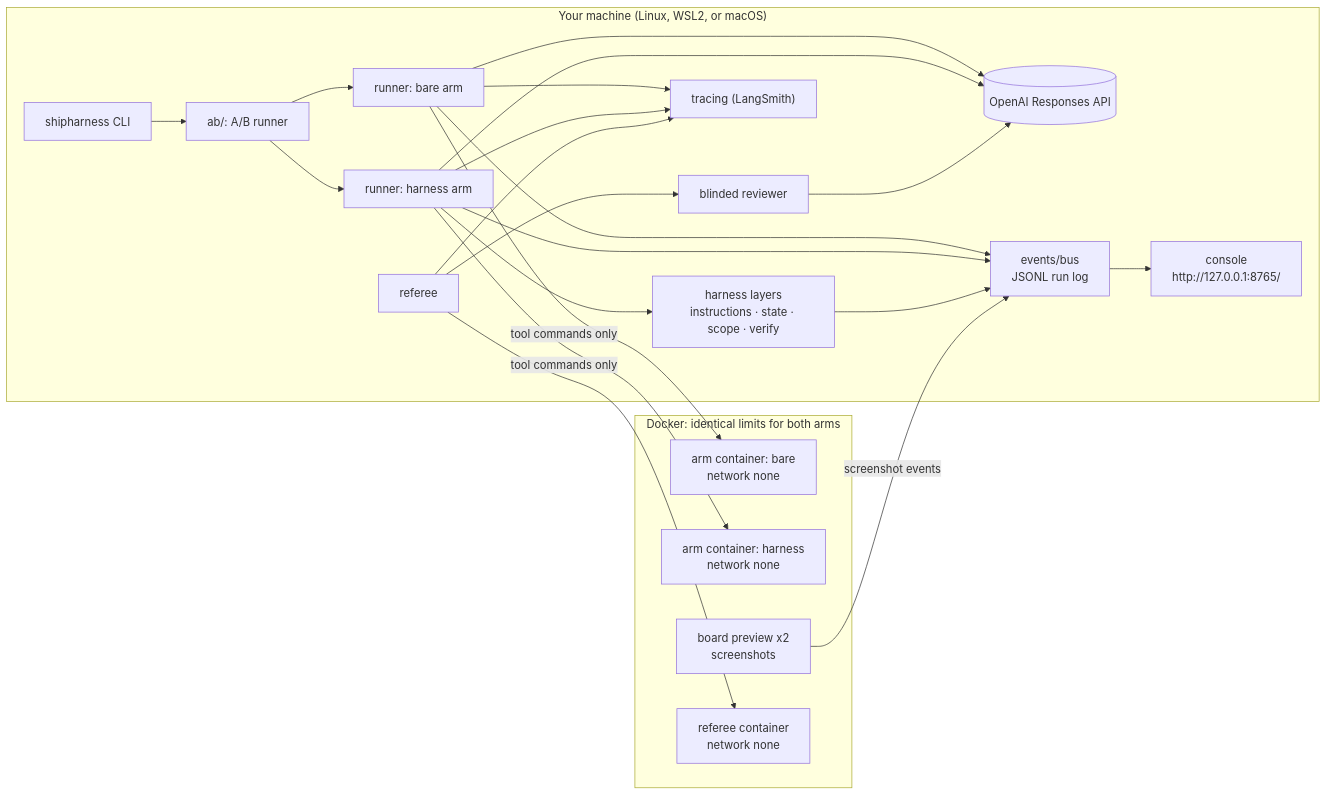
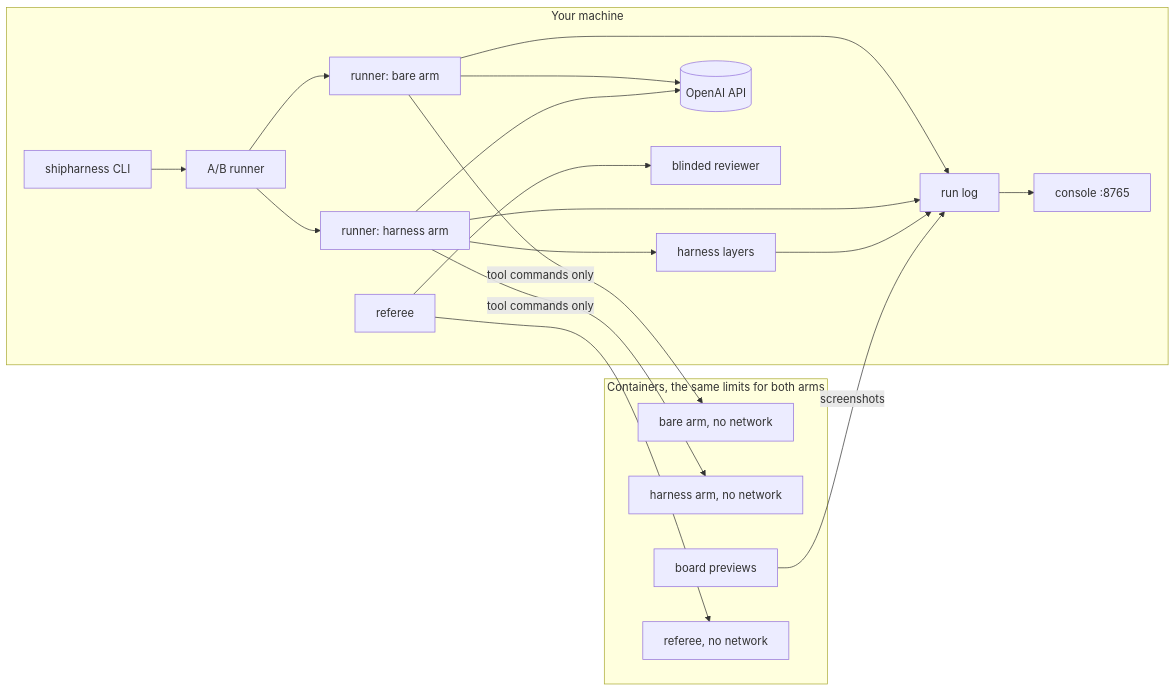
The first of 2 diagrams in docs/architecture.md (ANI-IN/shipharness-dev), drawn with Mermaid before and after one commit. The commit also changed other lines of this file and 17 other files, not shown here.

````diff
--- a/docs/architecture.md
+++ b/docs/architecture.md
@@ -23,25 +18,23 @@
 ```mermaid
 flowchart LR
-  subgraph Host["Your machine (Linux, WSL2, or macOS)"]
-    CLI["shipharness CLI"] --> AB["ab/: A/B runner"]
+  subgraph Host["Your machine"]
+    CLI["shipharness CLI"] --> AB["A/B runner"]
     AB --> RB["runner: bare arm"]
     AB --> RH["runner: harness arm"]
-    RH --> L["harness layers<br/>instructions · state · scope · verify"]
-    RB & RH --> OAI[("OpenAI Responses API")]
-    RB & RH & L --> BUS["events/bus<br/>JSONL run log"]
-    BUS --> CON["console<br/>http://127.0.0.1:8765/"]
+    RH --> L["harness layers"]
+    RB & RH --> OAI[("OpenAI API")]
+    RB & RH & L --> LOG["run log"]
+    LOG --> CON["console :8765"]
     REF["referee"] --> REV["blinded reviewer"]
-    REV --> OAI
-    RB & RH & REF --> TR["tracing (LangSmith)"]
   end
-  subgraph Containers["Docker: identical limits for both arms"]
-    CB["arm container: bare<br/>network none"]
-    CH["arm container: harness<br/>network none"]
-    PV["board preview x2<br/>screenshots"]
-    RC["referee container<br/>network none"]
+  subgraph Docker["Containers, the same limits for both arms"]
+    CB["bare arm, no network"]
+    CH["harness arm, no network"]
+    PV["board previews"]
+    RC["referee, no network"]
   end
   RB -- "tool commands only" --> CB
   RH -- "tool commands only" --> CH
   REF --> RC
-  PV -- "screenshot events" --> BUS
+  PV -- "screenshots" --> LOG
 ```
````
